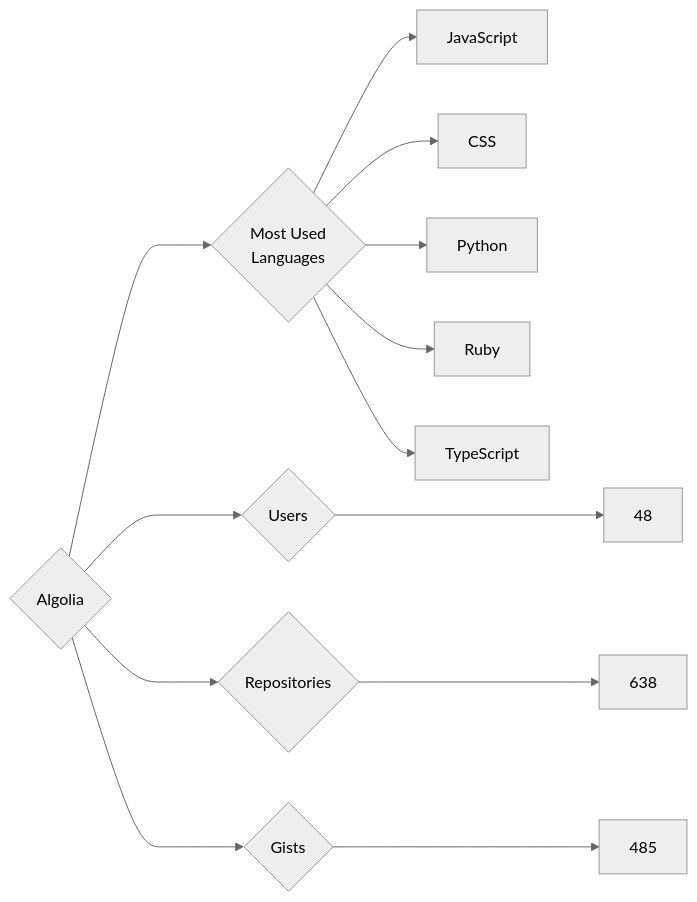
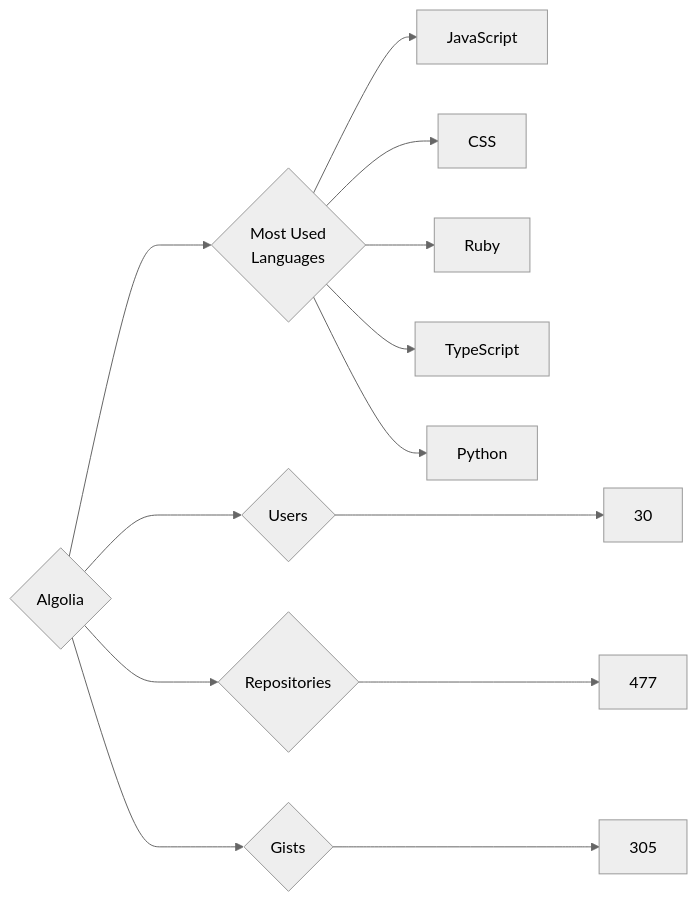
Before and after one commit to trickest/insiders: the diagram in targets/Algolia/README.md, drawn with Mermaid (neutral theme). The commit also changed 611 other files, not shown here.

````diff
--- a/targets/Algolia/README.md
+++ b/targets/Algolia/README.md
@@ -3,13 +3,13 @@
 ```mermaid
 graph LR
 COMPANY_NAME{Algolia}
-COMPANY_NAME ---> U{Users} ---> UN[48]
-COMPANY_NAME ---> R{Repositories} ---> RN[638]
-COMPANY_NAME ---> G{Gists} ---> GN[485]
+COMPANY_NAME ---> U{Users} ---> UN[30]
+COMPANY_NAME ---> R{Repositories} ---> RN[477]
+COMPANY_NAME ---> G{Gists} ---> GN[305]
 COMPANY_NAME ---> ML{Most Used<br>Languages}
 ML --> JavaScript[JavaScript]
 ML --> CSS[CSS]
-ML --> Python[Python]
 ML --> Ruby[Ruby]
 ML --> TypeScript[TypeScript]
+ML --> Python[Python]
 ```
````
